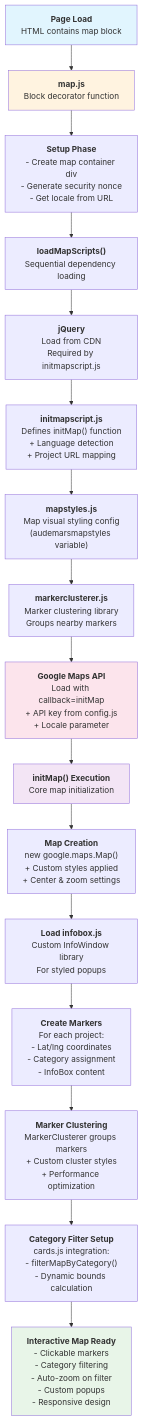
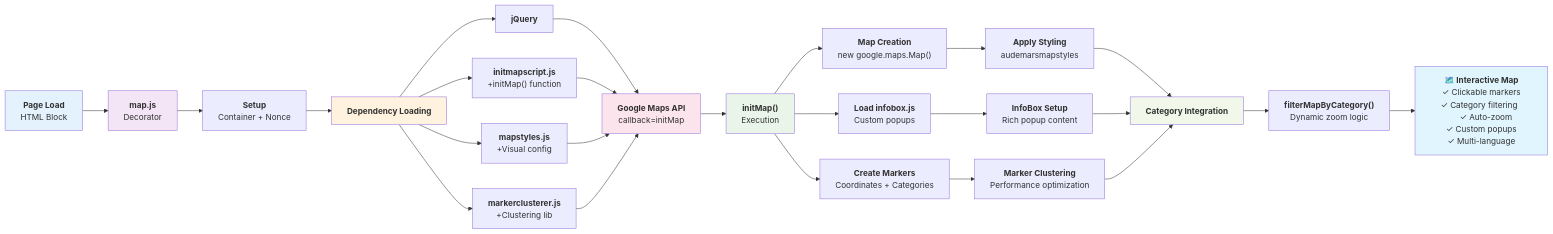
One commit to meejain/map-demo changed the diagram in README.md. Above: the diagram before and after it, drawn with Mermaid.

Commit message:
Map Instrumentation Readme file

````diff
--- a/README.md
+++ b/README.md
@@ -44,77 +44,64 @@
 ```mermaid
-flowchart TD
+flowchart LR
     A["`**Page Load**
-    HTML contains map block`"] --> B["`**map.js**
-    Block decorator function`"]
+    HTML Block`"] --> B["`**map.js**
+    Decorator`"]
     
-    B --> C["`**Setup Phase**
-    - Create map container div
-    - Generate security nonce
-    - Get locale from URL`"]
+    B --> C["`**Setup**
+    Container + Nonce`"]
     
-    C --> D["`**loadMapScripts()**
-    Sequential dependency loading`"]
+    C --> D["`**Dependency Loading**`"]
     
-    D --> E["`**jQuery**
-    Load from CDN
-    Required by initmapscript.js`"]
+    D --> E["`**jQuery**`"]
+    D --> F["`**initmapscript.js**
+    +initMap() function`"]
+    D --> G["`**mapstyles.js**
+    +Visual config`"]
+    D --> H["`**markerclusterer.js**
+    +Clustering lib`"]
     
-    E --> F["`**initmapscript.js**
-    Defines initMap() function
-    + Language detection
-    + Project URL mapping`"]
+    E --> I["`**Google Maps API**
+    callback=initMap`"]
+    F --> I
+    G --> I
+    H --> I
     
-    F --> G["`**mapstyles.js**
-    Map visual styling config
-    (audemarsmapstyles variable)`"]
+    I --> J["`**initMap()**
+    Execution`"]
     
-    G --> H["`**markerclusterer.js**
-    Marker clustering library
-    Groups nearby markers`"]
+    J --> K1["`**Map Creation**
+    new google.maps.Map()`"]
+    J --> K2["`**Load infobox.js**
+    Custom popups`"]
+    J --> K3["`**Create Markers**
+    Coordinates + Categories`"]
     
-    H --> I["`**Google Maps API**
-    Load with callback=initMap
-    + API key from config.js
-    + Locale parameter`"]
+    K1 --> L["`**Apply Styling**
+    audemarsmapstyles`"]
+    K2 --> M["`**InfoBox Setup**
+    Rich popup content`"]
+    K3 --> N["`**Marker Clustering**
+    Performance optimization`"]
     
-    I --> J["`**initMap() Execution**
-    Core map initialization`"]
+    L --> O["`**Category Integration**`"]
+    M --> O
+    N --> O
     
-    J --> K["`**Map Creation**
-    new google.maps.Map()
-    + Custom styles applied
-    + Center & zoom settings`"]
+    O --> P["`**filterMapByCategory()**
+    Dynamic zoom logic`"]
     
-    K --> L["`**Load infobox.js**
-    Custom InfoWindow library
-    For styled popups`"]
-    
-    L --> M["`**Create Markers**
-    For each project:
-    - Lat/lng coordinates
-    - Category assignment
-    - InfoBox content`"]
-    
-    M --> N["`**Marker Clustering**
-    MarkerClusterer groups markers
-    + Custom cluster styles
-    + Performance optimization`"]
-    
-    N --> O["`**Category Filter Setup**
-    cards.js integration:
-    - filterMapByCategory()
-    - Dynamic bounds calculation`"]
-    
-    O --> P["`**Interactive Map Ready**
-    - Clickable markers
-    - Category filtering
-    - Auto-zoom on filter
-    - Custom popups
-    - Responsive design`"]
+    P --> Q["`**🗺️ Interactive Map**
+    ✓ Clickable markers
+    ✓ Category filtering  
+    ✓ Auto-zoom
+    ✓ Custom popups
+    ✓ Multi-language`"]
 
-    style A fill:#e1f5fe
-    style J fill:#f3e5f5
-    style P fill:#e8f5e8
-    style B fill:#fff3e0
+    style A fill:#e3f2fd
+    style B fill:#f3e5f5
     style I fill:#fce4ec
+    style J fill:#e8f5e8
+    style Q fill:#e1f5fe
+    style D fill:#fff3e0
+    style O fill:#f1f8e9
 ```
````
